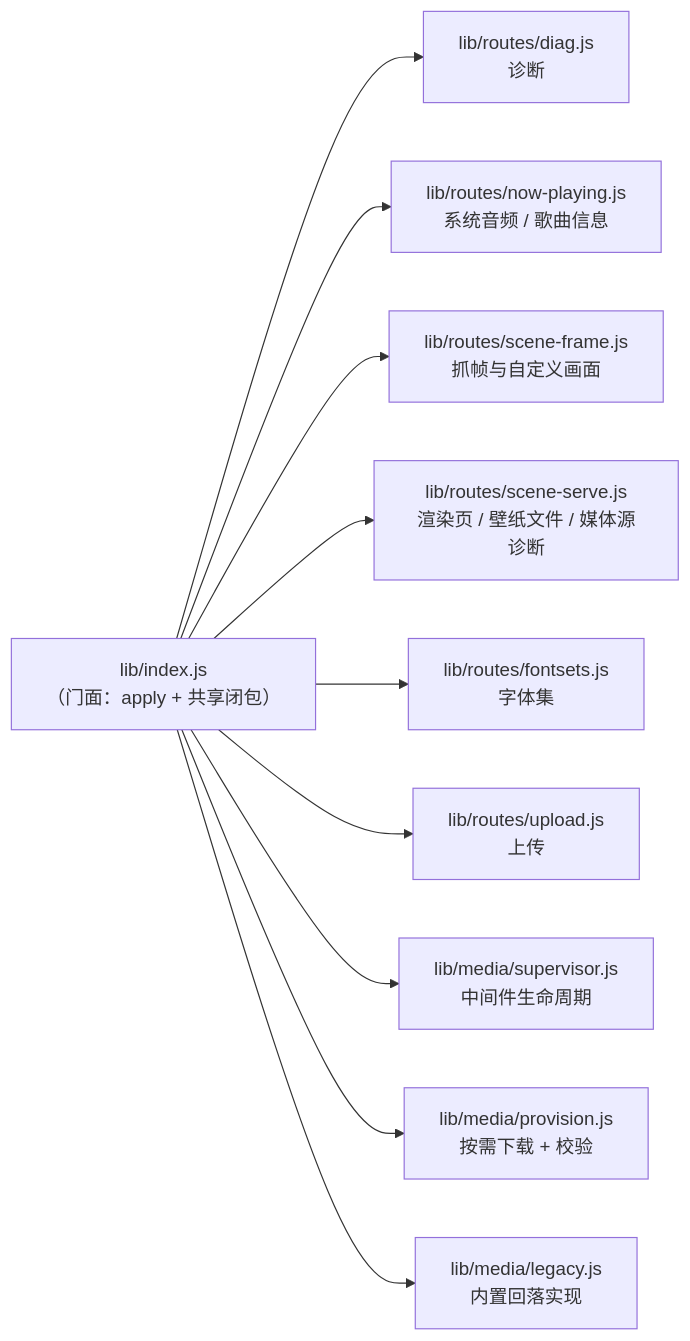
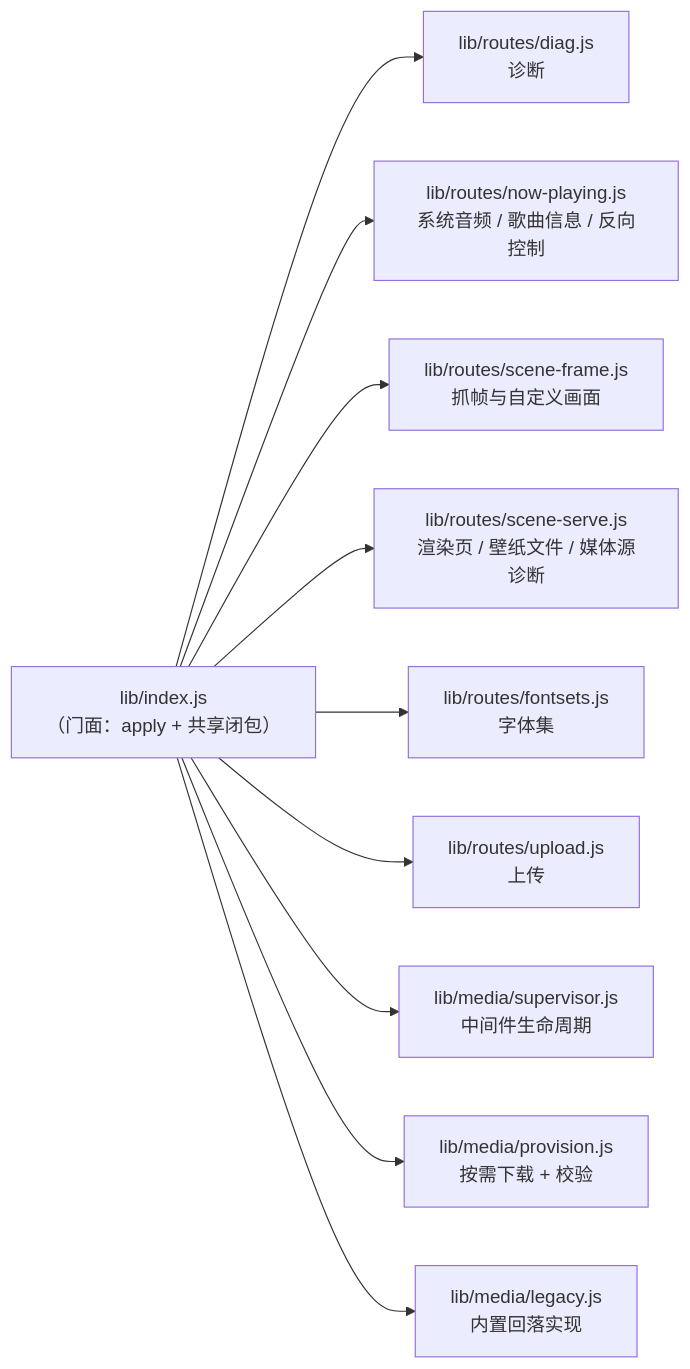
The second of 5 diagrams in docs/CODE-STRUCTURE.md (YV3507/dsh-wallpaper-engine), drawn with Mermaid before and after one commit. The commit also changed 47 other files, not shown here.

````diff
--- a/docs/CODE-STRUCTURE.md
+++ b/docs/CODE-STRUCTURE.md
@@ -108,13 +108,13 @@
 ```mermaid
 graph LR
     IDX["lib/index.js<br/>（门面：apply + 共享闭包）"]
     IDX --> R1["lib/routes/diag.js<br/>诊断"]
-    IDX --> R2["lib/routes/now-playing.js<br/>系统音频 / 歌曲信息"]
+    IDX --> R2["lib/routes/now-playing.js<br/>系统音频 / 歌曲信息 / 反向控制"]
     IDX --> R3["lib/routes/scene-frame.js<br/>抓帧与自定义画面"]
     IDX --> R4["lib/routes/scene-serve.js<br/>渲染页 / 壁纸文件 / 媒体源诊断"]
     IDX --> R5["lib/routes/fontsets.js<br/>字体集"]
     IDX --> R6["lib/routes/upload.js<br/>上传"]
     IDX --> M1["lib/media/supervisor.js<br/>中间件生命周期"]
     IDX --> M2["lib/media/provision.js<br/>按需下载 + 校验"]
     IDX --> M3["lib/media/legacy.js<br/>内置回落实现"]
 ```
````
